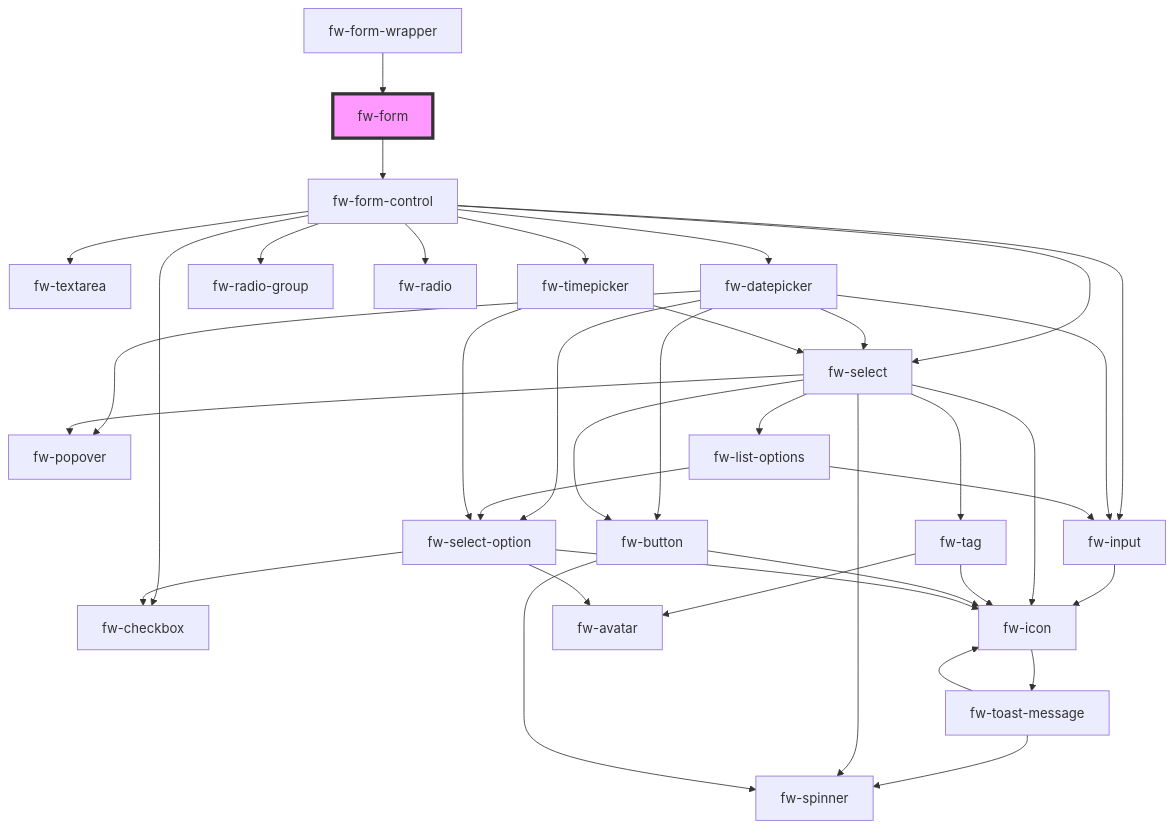
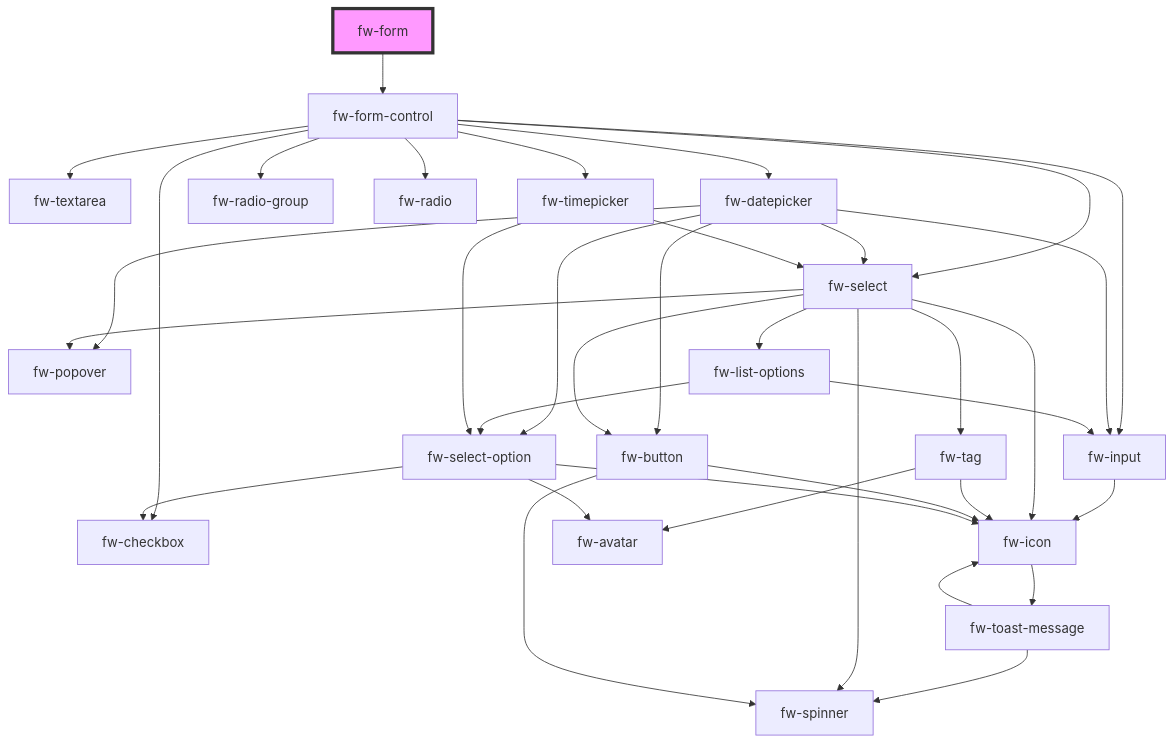
The diagram in packages/crayons-core/src/components/form/readme.md (freshworks/crayons), drawn with Mermaid before and after one commit. The commit also changed other lines of this file and 5 other files, not shown here.

Commit message:
fix(fw-form-wrapper): remove form-wrapper as it is handled by fw-form

````diff
--- a/packages/crayons-core/src/components/form/readme.md
+++ b/packages/crayons-core/src/components/form/readme.md
@@ -75,40 +71,39 @@
 ```mermaid
 graph TD;
   fw-form --> fw-form-control
   fw-form-control --> fw-input
   fw-form-control --> fw-textarea
   fw-form-control --> fw-datepicker
   fw-form-control --> fw-checkbox
   fw-form-control --> fw-radio-group
   fw-form-control --> fw-radio
   fw-form-control --> fw-select
   fw-form-control --> fw-timepicker
   fw-input --> fw-icon
   fw-icon --> fw-toast-message
   fw-toast-message --> fw-spinner
   fw-toast-message --> fw-icon
   fw-datepicker --> fw-popover
   fw-datepicker --> fw-input
   fw-datepicker --> fw-select
   fw-datepicker --> fw-select-option
   fw-datepicker --> fw-button
   fw-select --> fw-tag
   fw-select --> fw-popover
   fw-select --> fw-button
   fw-select --> fw-spinner
   fw-select --> fw-icon
   fw-select --> fw-list-options
   fw-tag --> fw-avatar
   fw-tag --> fw-icon
   fw-button --> fw-spinner
   fw-button --> fw-icon
   fw-list-options --> fw-select-option
   fw-list-options --> fw-input
   fw-select-option --> fw-icon
   fw-select-option --> fw-checkbox
   fw-select-option --> fw-avatar
   fw-timepicker --> fw-select
   fw-timepicker --> fw-select-option
-  fw-form-wrapper --> fw-form
   style fw-form fill:#f9f,stroke:#333,stroke-width:4px
 ```
````
